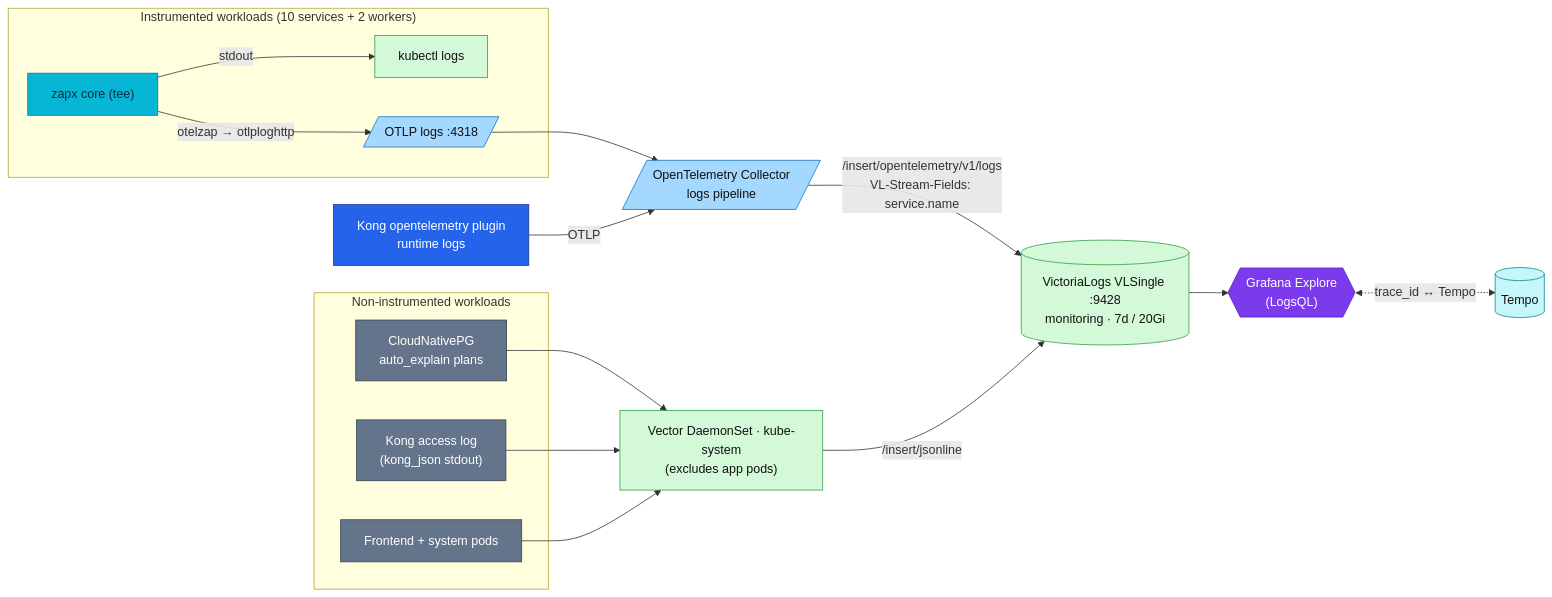
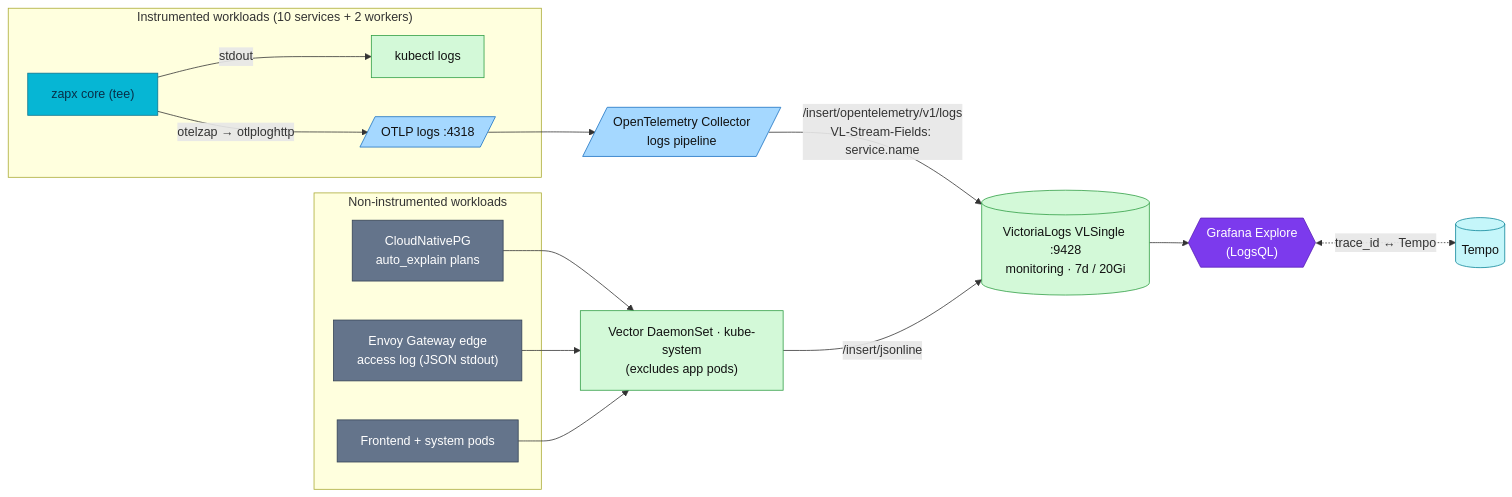
The diagram in docs/observability/logging/README.md (duynhlab/homelab), drawn with Mermaid before and after one commit. The commit also changed other lines of this file and 30 other files, not shown here.

````diff
--- a/docs/observability/logging/README.md
+++ b/docs/observability/logging/README.md
@@ -58,37 +58,34 @@
 ```mermaid
 flowchart LR
     subgraph apps["Instrumented workloads (10 services + 2 workers)"]
         Z["zapx core (tee)"]
         Z -->|stdout| KLOGS["kubectl logs"]
         Z -->|"otelzap → otlploghttp"| OTLP
     end
     subgraph infra["Non-instrumented workloads"]
         CNPG["CloudNativePG<br/>auto_explain plans"]
-        KONG["Kong access log<br/>(kong_json stdout)"]
+        EDGE["Envoy Gateway edge<br/>access log (JSON stdout)"]
         FE["Frontend + system pods"]
     end
     OTLP[/"OTLP logs :4318"/] --> COL[/"OpenTelemetry Collector<br/>logs pipeline"/]
     CNPG --> VEC["Vector DaemonSet · kube-system<br/>(excludes app pods)"]
-    KONG --> VEC
+    EDGE --> VEC
     FE --> VEC
-    KONGRT["Kong opentelemetry plugin<br/>runtime logs"] -->|OTLP| COL
     COL -->|"/insert/opentelemetry/v1/logs<br/>VL-Stream-Fields: service.name"| VL[("VictoriaLogs VLSingle :9428<br/>monitoring · 7d / 20Gi")]
     VEC -->|"/insert/jsonline"| VL
     VL --> GRAF{{"Grafana Explore<br/>(LogsQL)"}}
     GRAF <-. "trace_id ↔ Tempo" .-> TEMPO[("Tempo")]
     classDef collector fill:#a5d8ff,color:#111,stroke:#1971c2;
     classDef log fill:#d3f9d8,color:#111,stroke:#2f9e44;
     classDef trace fill:#c5f6fa,color:#111,stroke:#0c8599;
     class OTLP,COL collector;
     class VL log;
     class TEMPO trace;
     classDef service fill:#06b6d4,color:#082f49,stroke:#0e7490;
-    classDef edge fill:#2563eb,color:#fff,stroke:#1e3a8a;
     classDef external fill:#64748b,color:#fff,stroke:#334155;
     classDef platform fill:#7c3aed,color:#fff,stroke:#5b21b6;
     class Z service;
-    class CNPG,KONG,FE external;
-    class KONGRT edge;
+    class CNPG,EDGE,FE external;
     class VEC,KLOGS log;
     class GRAF platform;
 ```
````
